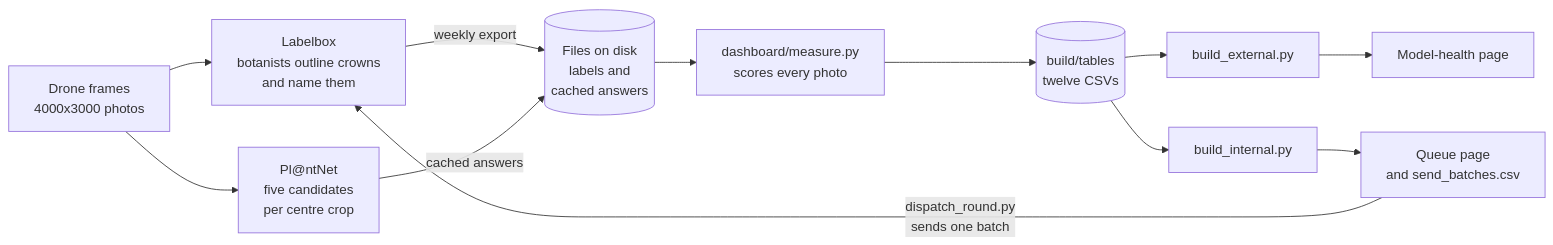
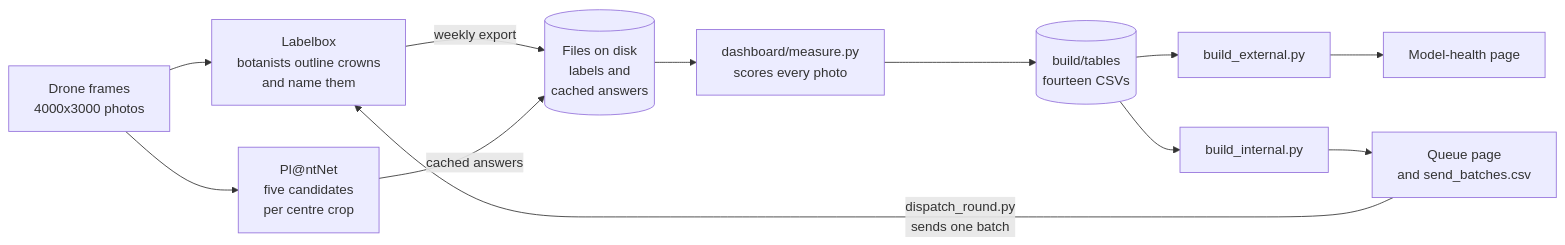
The diagram in diagrams/pipeline.mmd (traitlab/bci-dashboard), drawn with Mermaid before and after one commit. The commit also changed 23 other files, not shown here.

```diff
--- a/diagrams/pipeline.mmd
+++ b/diagrams/pipeline.mmd
@@ -1,11 +1,11 @@
 flowchart LR
     frames["Drone frames<br/>4000x3000 photos"]
     frames --> lb["Labelbox<br/>botanists outline crowns<br/>and name them"]
     frames --> pn["Pl@ntNet<br/>five candidates<br/>per centre crop"]
     lb -- "weekly export" --> disk[("Files on disk<br/>labels and<br/>cached answers")]
     pn -- "cached answers" --> disk
     disk --> measure["dashboard/measure.py<br/>scores every photo"]
-    measure --> tables[("build/tables<br/>twelve CSVs")]
+    measure --> tables[("build/tables<br/>fourteen CSVs")]
     tables --> ext["build_external.py"] --> health["Model-health page"]
     tables --> int["build_internal.py"] --> queue["Queue page<br/>and send_batches.csv"]
     queue -- "dispatch_round.py<br/>sends one batch" --> lb
```
